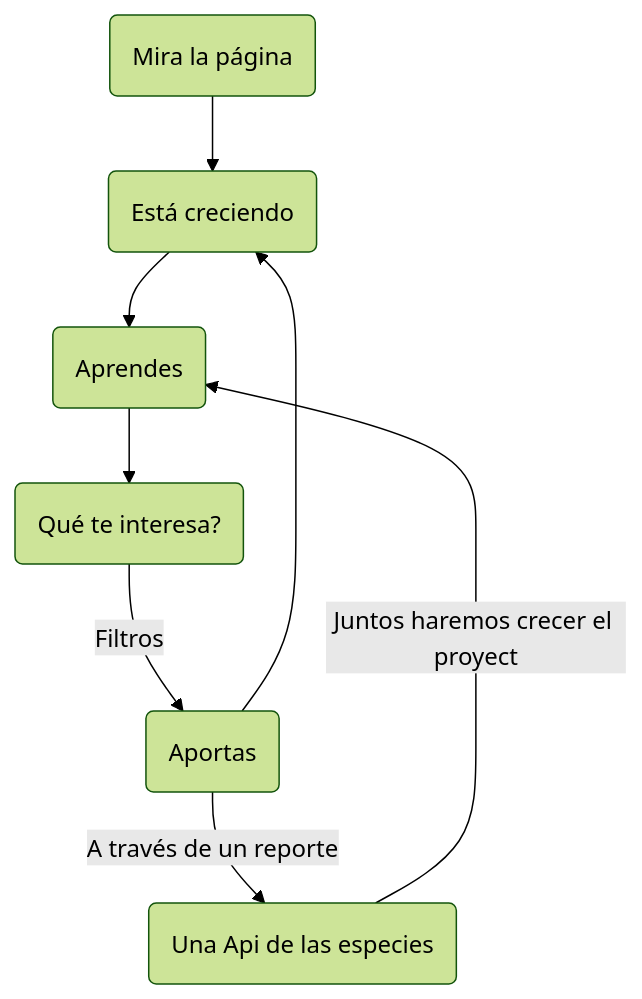
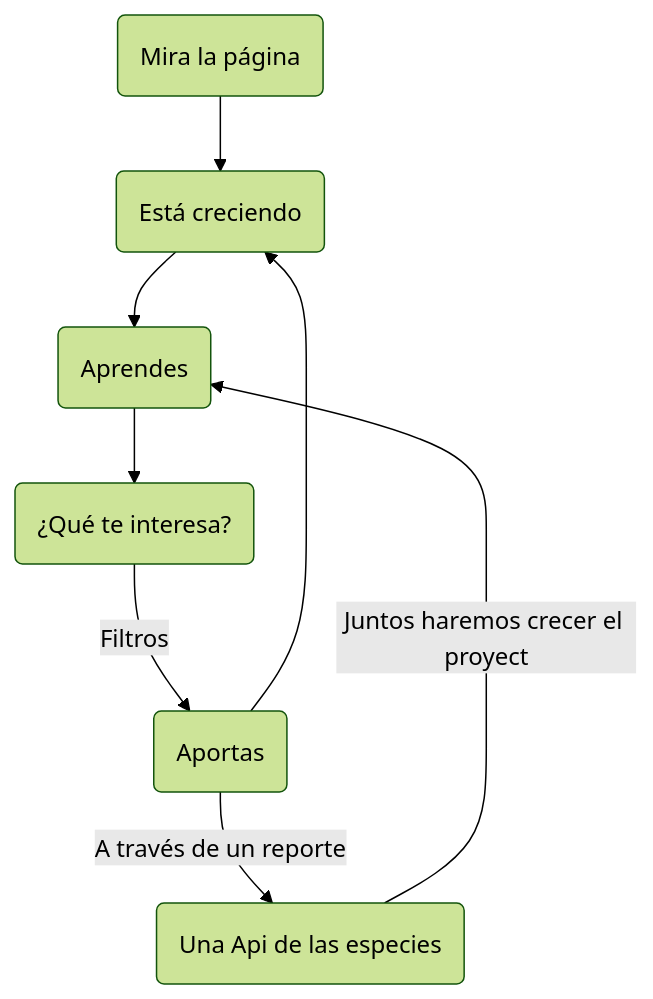
One commit to martinGM05/Hack-The-Ocean-Front changed the second of 2 diagrams in README.md. Above: the diagram before and after it, drawn with Mermaid (forest theme). The commit also changed other lines of this file, not shown here.

````diff
--- a/README.md
+++ b/README.md
@@ -54,12 +54,12 @@
 ```mermaid
 flowchart TB
 id1-->id6-->id2-->id3--Filtros-->id4--A través de un reporte-->id7
 id7--Juntos haremos crecer el proyecto-->id2
 id4-->id6
 id1(Mira la página)
 id2(Aprendes)
 id6(Está creciendo)
-id3(Qué te interesa?)
+id3(¿Qué te interesa?)
 id4(Aportas)
 id7(Una Api de las especies)
 ```
````
